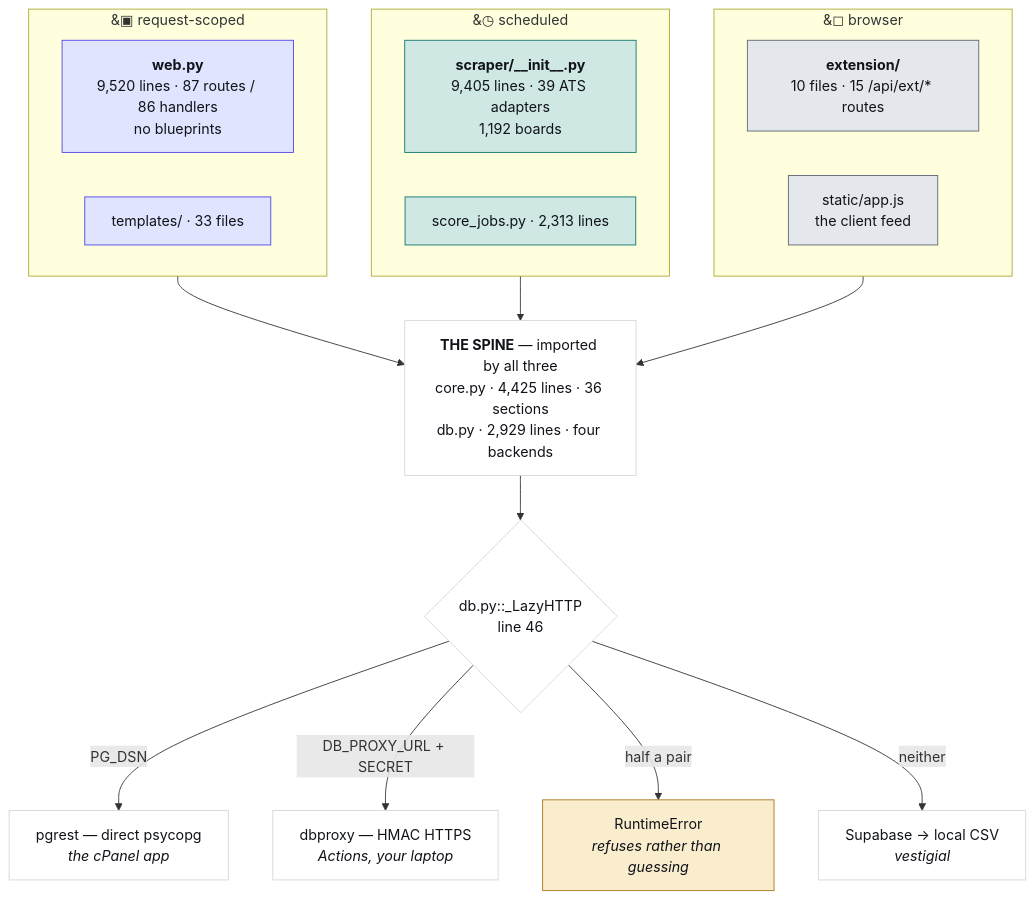
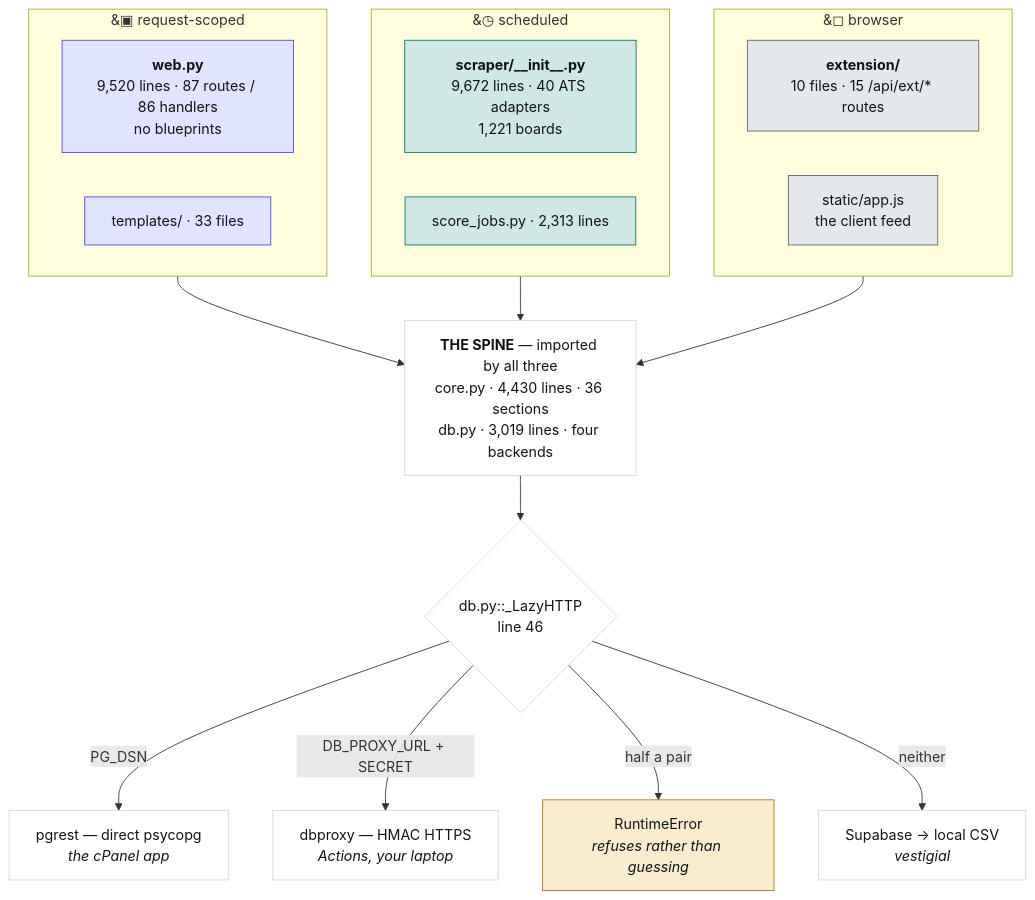
The first of 4 diagrams in JobMatch Scraper/docs/ARCHITECTURE.md (hadakunal909-debug/job-search-tool), drawn with Mermaid before and after one commit. The commit also changed other lines of this file and 15 other files, not shown here.

````diff
--- a/JobMatch Scraper/docs/ARCHITECTURE.md
+++ b/JobMatch Scraper/docs/ARCHITECTURE.md
@@ -45,34 +45,34 @@
 ```mermaid
 flowchart TB
   subgraph REQ["&#9635; request-scoped"]
     W["<b>web.py</b><br/>9,520 lines · 87 routes / 86 handlers<br/>no blueprints"]
     T["templates/ · 33 files"]
   end
   subgraph SCH["&#9719; scheduled"]
-    S["<b>scraper/__init__.py</b><br/>9,405 lines · 39 ATS adapters<br/>1,192 boards"]
+    S["<b>scraper/__init__.py</b><br/>9,672 lines · 40 ATS adapters<br/>1,221 boards"]
     J["score_jobs.py · 2,313 lines"]
   end
   subgraph CLI["&#9723; browser"]
     E["<b>extension/</b><br/>10 files · 15 /api/ext/* routes"]
     A["static/app.js<br/>the client feed"]
   end
-  SPINE["<b>THE SPINE</b> — imported by all three<br/>core.py · 4,425 lines · 36 sections<br/>db.py · 2,929 lines · four backends"]
+  SPINE["<b>THE SPINE</b> — imported by all three<br/>core.py · 4,430 lines · 36 sections<br/>db.py · 3,019 lines · four backends"]
   REQ --> SPINE
   SCH --> SPINE
   CLI --> SPINE
   SPINE --> D{"db.py::_LazyHTTP<br/>line 46"}
   D -->|"PG_DSN"| P["pgrest — direct psycopg<br/><i>the cPanel app</i>"]
   D -->|"DB_PROXY_URL + SECRET"| X["dbproxy — HMAC HTTPS<br/><i>Actions, your laptop</i>"]
   D -->|"half a pair"| R["RuntimeError<br/><i>refuses rather than guessing</i>"]
   D -->|"neither"| V["Supabase → local CSV<br/><i>vestigial</i>"]
   classDef web fill:#e0e4fe,stroke:#4f46e5,color:#101319
   classDef sched fill:#cfe8e3,stroke:#0f766e,color:#101319
   classDef client fill:#e4e7ec,stroke:#5f6573,color:#101319
   classDef trap fill:#f9edcd,stroke:#a8781a,color:#101319
   classDef plain fill:#ffffff,stroke:#d3d7df,color:#101319
   class W,T web
   class S,J sched
   class E,A client
   class R trap
   class SPINE,D,P,X,V plain
 ```
````
